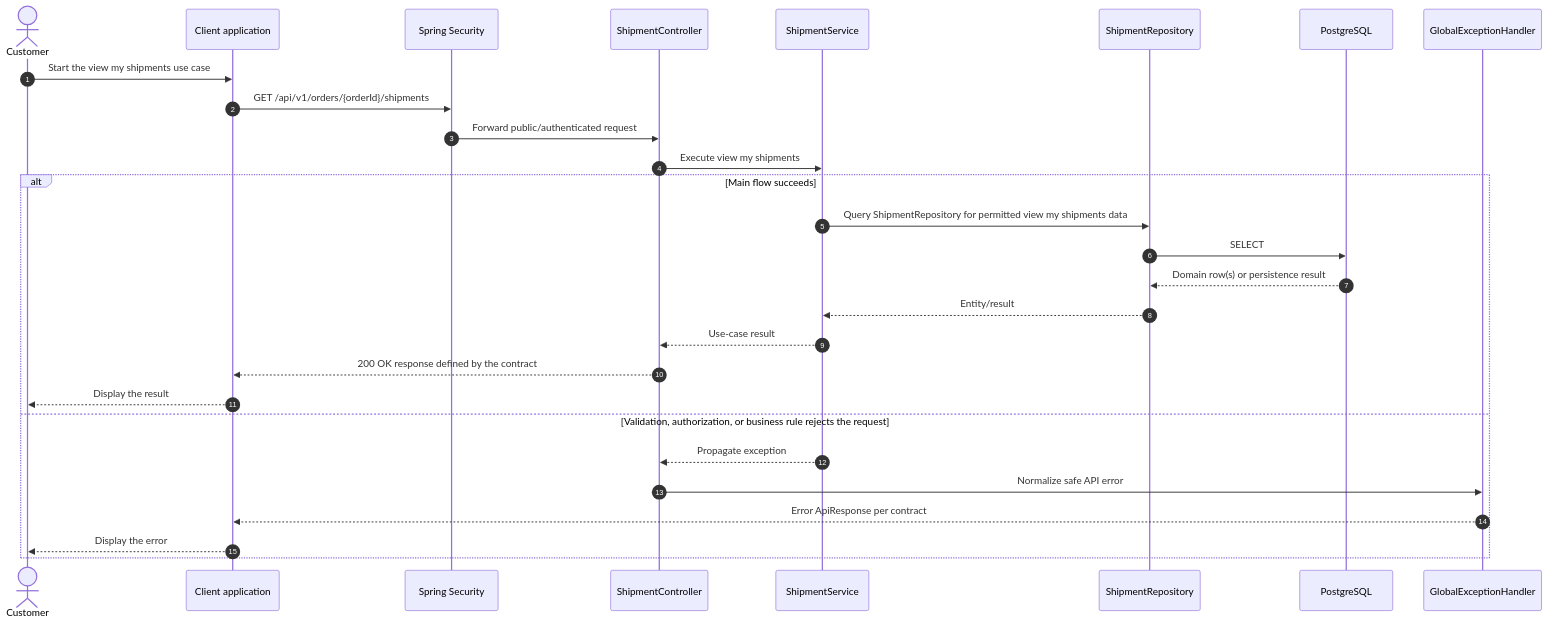
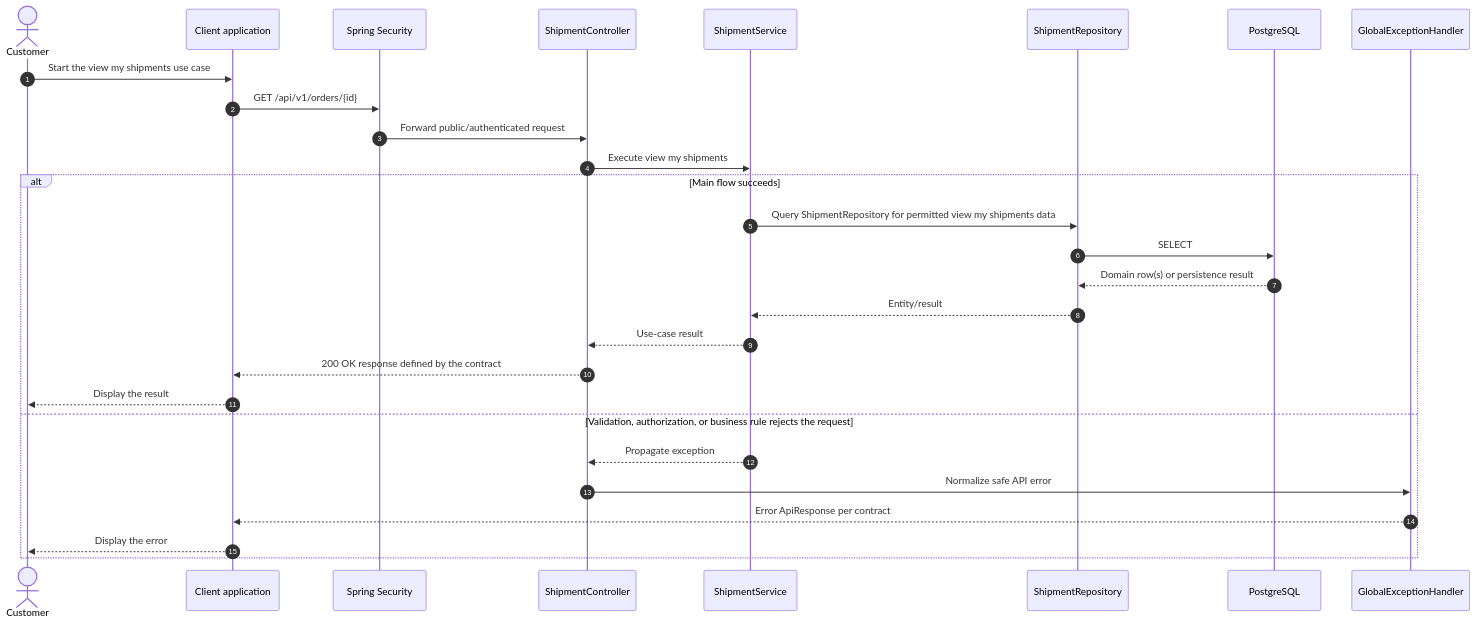
The diagram in sequence-diagram/customer/view-my-shipments.md (e-commercial-marketplace/commerce-platform-docs), drawn with Mermaid before and after one commit. The commit also changed other lines of this file and 24 other files, not shown here.

````diff
--- a/sequence-diagram/customer/view-my-shipments.md
+++ b/sequence-diagram/customer/view-my-shipments.md
@@ -9,30 +9,30 @@
 ```mermaid
 sequenceDiagram
     autonumber
     actor Customer
     participant Client as Client application
     participant Security as Spring Security
     participant Controller as ShipmentController
     participant Service as ShipmentService
     participant Repo as ShipmentRepository
     participant DB as PostgreSQL
     participant Handler as GlobalExceptionHandler
     Customer->>Client: Start the view my shipments use case
-    Client->>Security: GET /api/v1/orders/{orderId}/shipments
+    Client->>Security: GET /api/v1/orders/{id}
     Security->>Controller: Forward public/authenticated request
     Controller->>Service: Execute view my shipments
     alt Main flow succeeds
         Service->>Repo: Query ShipmentRepository for permitted view my shipments data
         Repo->>DB: SELECT
         DB-->>Repo: Domain row(s) or persistence result
         Repo-->>Service: Entity/result
         Service-->>Controller: Use-case result
         Controller-->>Client: 200 OK response defined by the contract
         Client-->>Customer: Display the result
     else Validation, authorization, or business rule rejects the request
         Service-->>Controller: Propagate exception
         Controller->>Handler: Normalize safe API error
         Handler-->>Client: Error ApiResponse per contract
         Client-->>Customer: Display the error
     end
 ```
````
